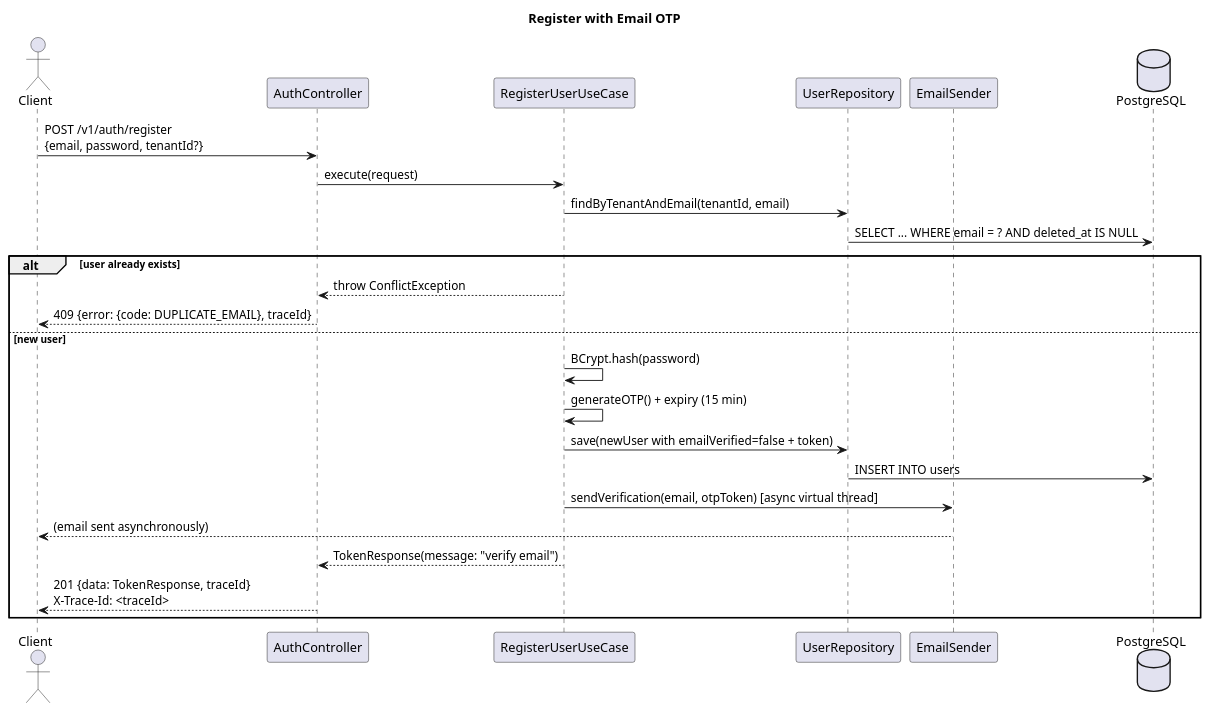
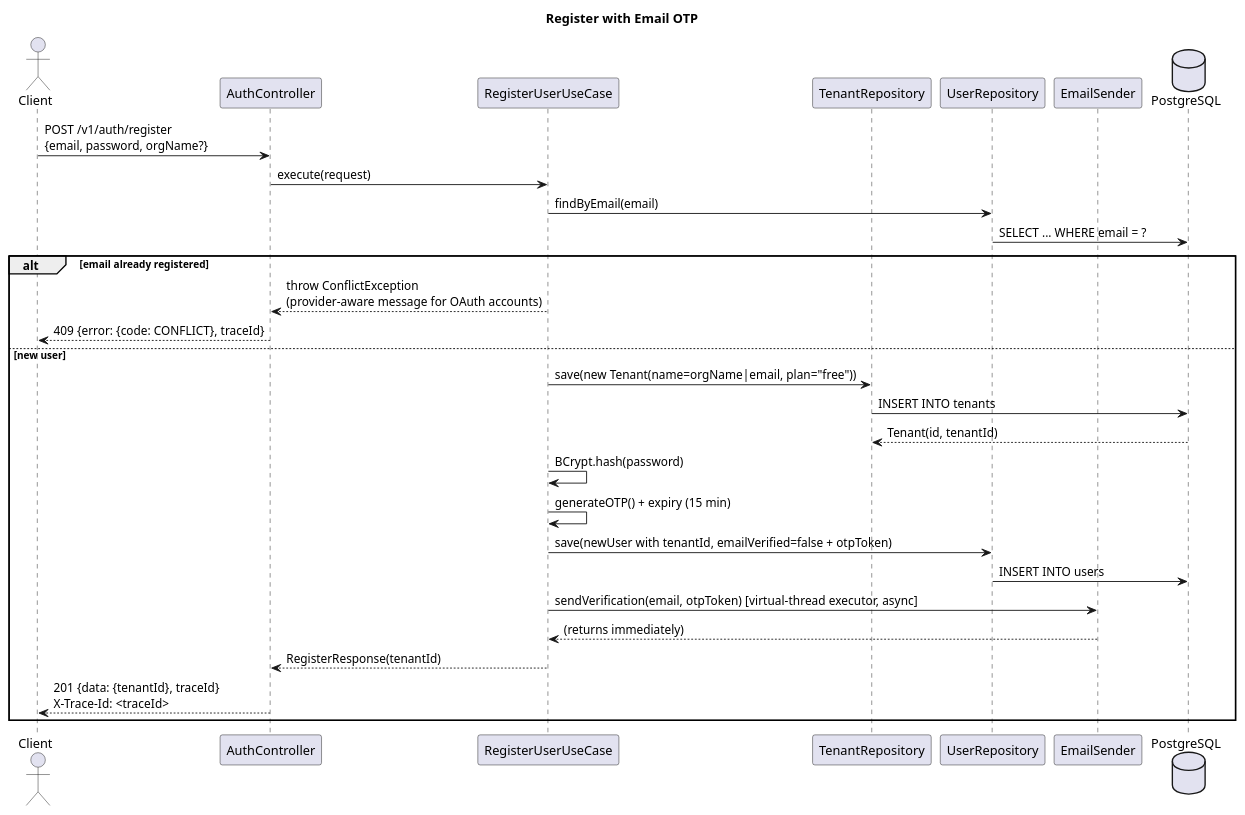
The diagram in docs/diagrams/gateway/register-otp-sequence.puml (allanweber/cartogra), drawn with PlantUML before and after one commit. The commit also changed 3 other files, not shown here.

```diff
--- a/docs/diagrams/gateway/register-otp-sequence.puml
+++ b/docs/diagrams/gateway/register-otp-sequence.puml
@@ -1,29 +1,33 @@
 @startuml
 title Register with Email OTP
 
 actor Client
 participant "AuthController" as AC
 participant "RegisterUserUseCase" as UC
+participant "TenantRepository" as TR
 participant "UserRepository" as UR
 participant "EmailSender" as ES
 database PostgreSQL as DB
 
-Client -> AC: POST /v1/auth/register\n{email, password, tenantId?}
+Client -> AC: POST /v1/auth/register\n{email, password, orgName?}
 AC -> UC: execute(request)
-UC -> UR: findByTenantAndEmail(tenantId, email)
-UR -> DB: SELECT ... WHERE email = ? AND deleted_at IS NULL
+UC -> UR: findByEmail(email)
+UR -> DB: SELECT ... WHERE email = ?
 
-alt user already exists
-  UC --> AC: throw ConflictException
-  AC --> Client: 409 {error: {code: DUPLICATE_EMAIL}, traceId}
+alt email already registered
+  UC --> AC: throw ConflictException\n(provider-aware message for OAuth accounts)
+  AC --> Client: 409 {error: {code: CONFLICT}, traceId}
 else new user
+  UC -> TR: save(new Tenant(name=orgName|email, plan="free"))
+  TR -> DB: INSERT INTO tenants
+  DB --> TR: Tenant(id, tenantId)
   UC -> UC: BCrypt.hash(password)
   UC -> UC: generateOTP() + expiry (15 min)
-  UC -> UR: save(newUser with emailVerified=false + token)
+  UC -> UR: save(newUser with tenantId, emailVerified=false + otpToken)
   UR -> DB: INSERT INTO users
-  UC -> ES: sendVerification(email, otpToken) [async virtual thread]
-  ES --> Client: (email sent asynchronously)
-  UC --> AC: TokenResponse(message: "verify email")
-  AC --> Client: 201 {data: TokenResponse, traceId}\nX-Trace-Id: <traceId>
+  UC -> ES: sendVerification(email, otpToken) [virtual-thread executor, async]
+  ES --> UC: (returns immediately)
+  UC --> AC: RegisterResponse(tenantId)
+  AC --> Client: 201 {data: {tenantId}, traceId}\nX-Trace-Id: <traceId>
 end
 @enduml
```
